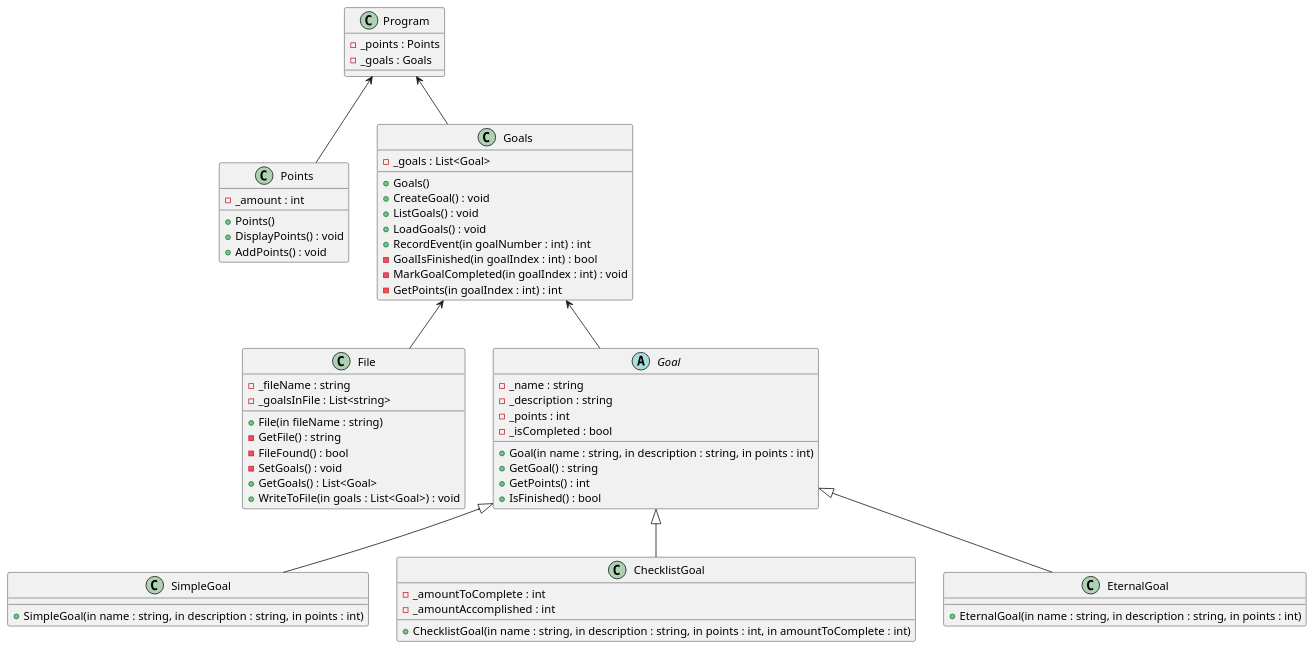
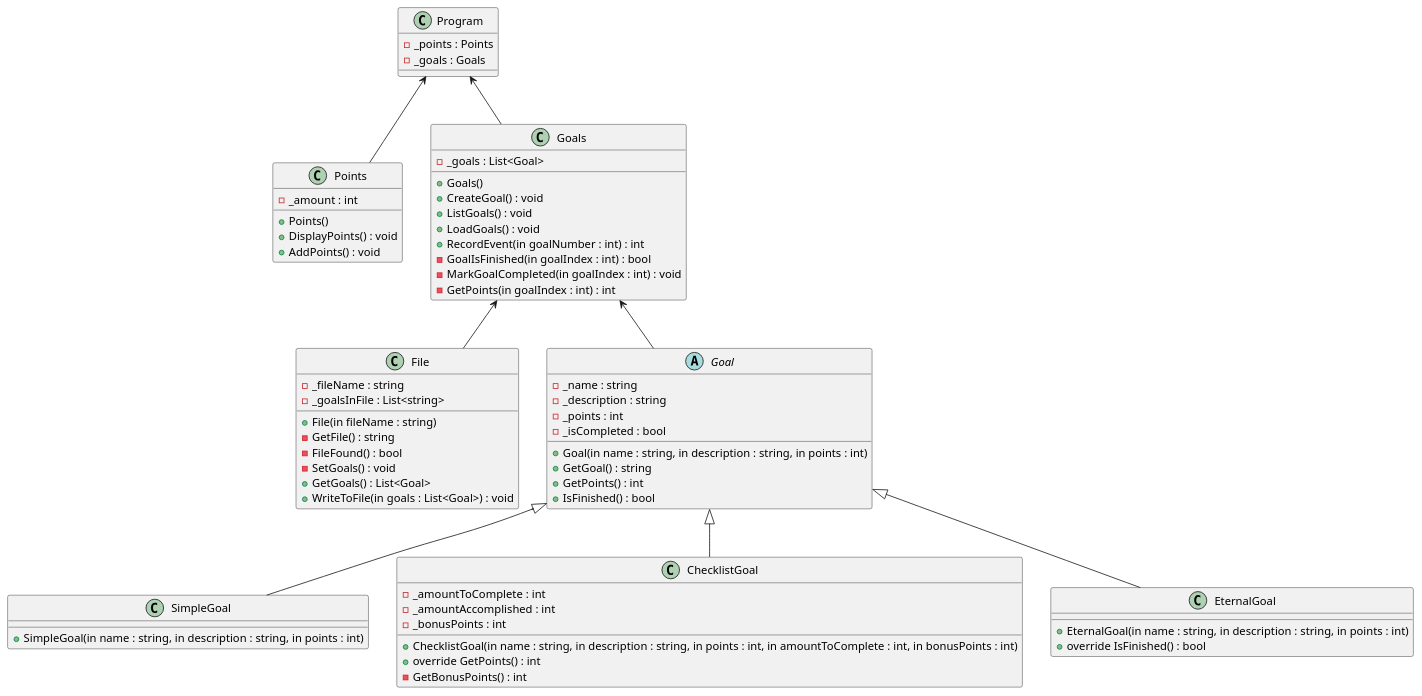
Before and after one commit to joshwmerrell/cse210-projects: the diagram in prove/Develop05/design.puml, drawn with PlantUML. The commit also changed 1 other file, not shown here.

Commit message:
Updated ClassDesignDiagram to identify Goal as an absstract class and identify overridden methods in the ChecklistGoal and the EternalGoal classes.

```diff
--- a/prove/Develop05/design.puml
+++ b/prove/Develop05/design.puml
@@ -1,79 +1,83 @@
 @startuml design
 
 class Program
 {
     -_points : Points
     -_goals : Goals
 }
 
 class Points
 {
     -_amount : int
     +Points()
     +DisplayPoints() : void
     +AddPoints() : void
 }
 
 class Goals
 {
     -_goals : List<Goal>
     +Goals()
     +CreateGoal() : void
     +ListGoals() : void
     +LoadGoals() : void
     +RecordEvent(in goalNumber : int) : int
     -GoalIsFinished(in goalIndex : int) : bool
     -MarkGoalCompleted(in goalIndex : int) : void
     -GetPoints(in goalIndex : int) : int
 }
 
 class File
 {
     -_fileName : string
     -_goalsInFile : List<string>
     +File(in fileName : string)
     -GetFile() : string
     -FileFound() : bool
     -SetGoals() : void
     +GetGoals() : List<Goal>
     +WriteToFile(in goals : List<Goal>) : void
 }
 
 abstract Goal
 {
     -_name : string
     -_description : string
     -_points : int
     -_isCompleted : bool
     +Goal(in name : string, in description : string, in points : int)
     +GetGoal() : string
     +GetPoints() : int
     +IsFinished() : bool
 }
 
 class SimpleGoal
 {
     +SimpleGoal(in name : string, in description : string, in points : int)
 }
 
 class ChecklistGoal
 {
     -_amountToComplete : int
     -_amountAccomplished : int
-    +ChecklistGoal(in name : string, in description : string, in points : int, in amountToComplete : int)
+    -_bonusPoints : int
+    +ChecklistGoal(in name : string, in description : string, in points : int, in amountToComplete : int, in bonusPoints : int)
+    +override GetPoints() : int
+    -GetBonusPoints() : int
 }
 
 class EternalGoal
 {
     +EternalGoal(in name : string, in description : string, in points : int)
+    +override IsFinished() : bool
 }
 
 Program <-- Points
 Program <-- Goals
 Goals <-- Goal
 Goals <-- File
 Goal <|-- SimpleGoal
 Goal <|-- ChecklistGoal
 Goal <|-- EternalGoal
 
 @enduml
```
